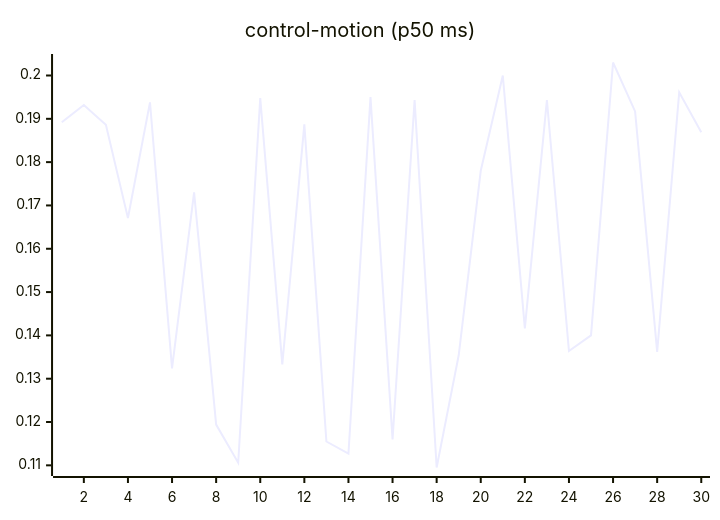
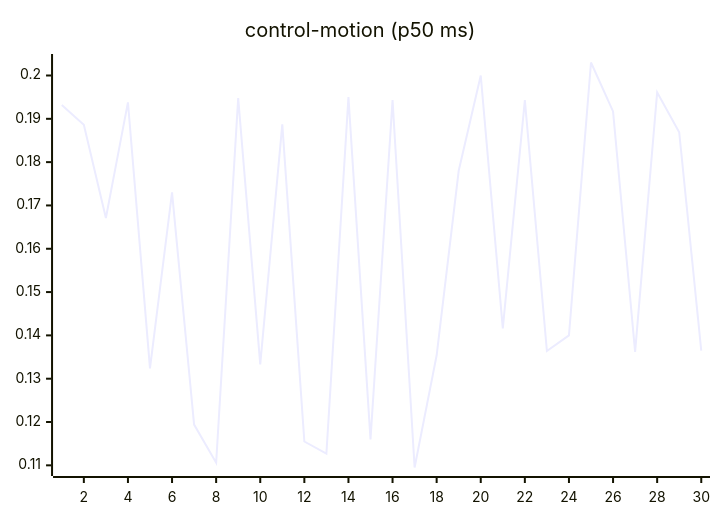
Before and after one commit to josha/Facet: the seventh of 27 diagrams in README.md, drawn with Mermaid. The commit also changed other lines of this file and 2 other files, not shown here.

````diff
--- a/README.md
+++ b/README.md
@@ -105,6 +105,6 @@
 ```mermaid
 xychart-beta
     title "control-motion (p50 ms)"
     x-axis 1 --> 30
-    line [0.1892, 0.1932, 0.1886, 0.1671, 0.1938, 0.1324, 0.1730, 0.1194, 0.1106, 0.1948, 0.1333, 0.1887, 0.1155, 0.1127, 0.1950, 0.1160, 0.1943, 0.1095, 0.1354, 0.1780, 0.2000, 0.1416, 0.1943, 0.1364, 0.1400, 0.2030, 0.1917, 0.1362, 0.1961, 0.1869]
+    line [0.1932, 0.1886, 0.1671, 0.1938, 0.1324, 0.1730, 0.1194, 0.1106, 0.1948, 0.1333, 0.1887, 0.1155, 0.1127, 0.1950, 0.1160, 0.1943, 0.1095, 0.1354, 0.1780, 0.2000, 0.1416, 0.1943, 0.1364, 0.1400, 0.2030, 0.1917, 0.1362, 0.1961, 0.1869, 0.1365]
 ```
````
